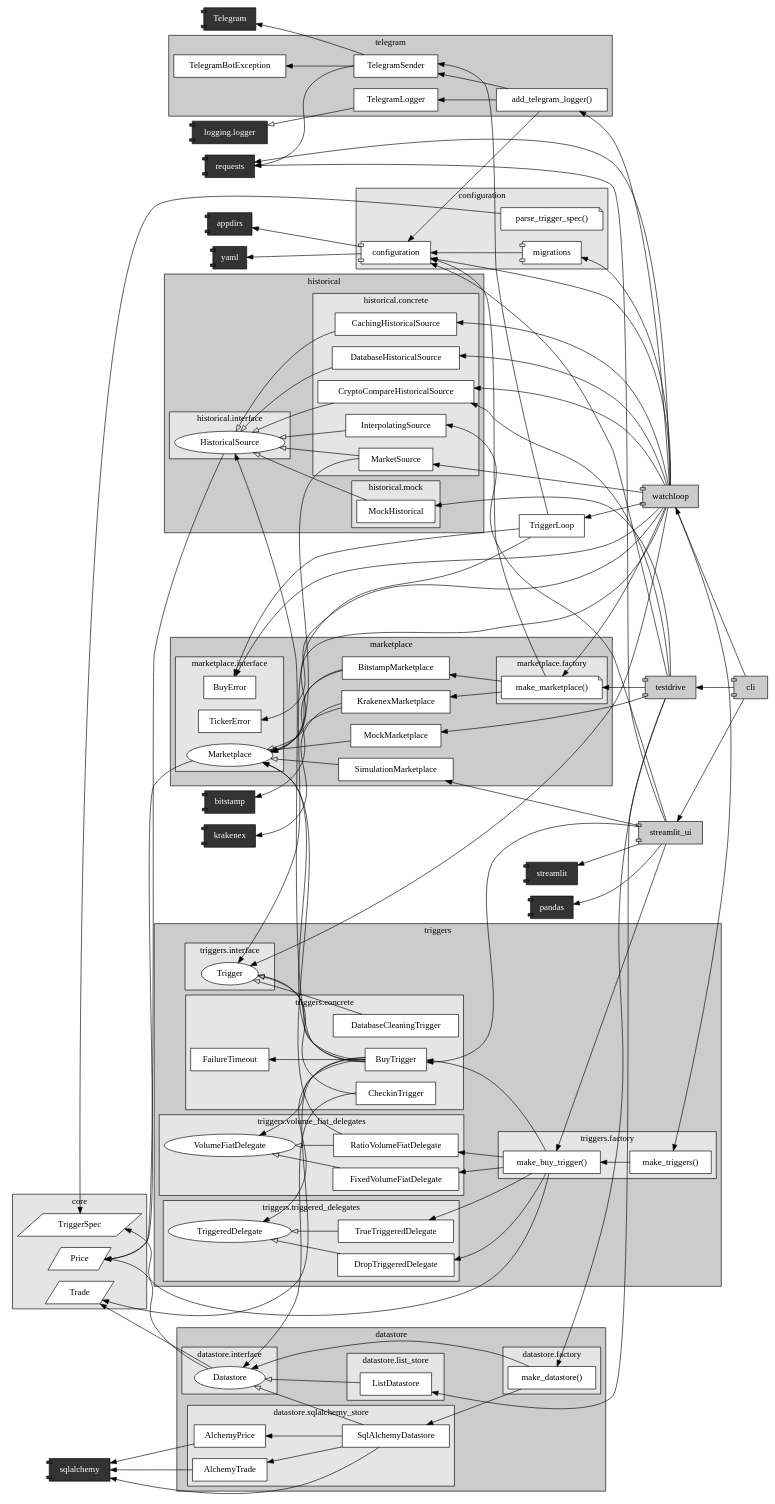
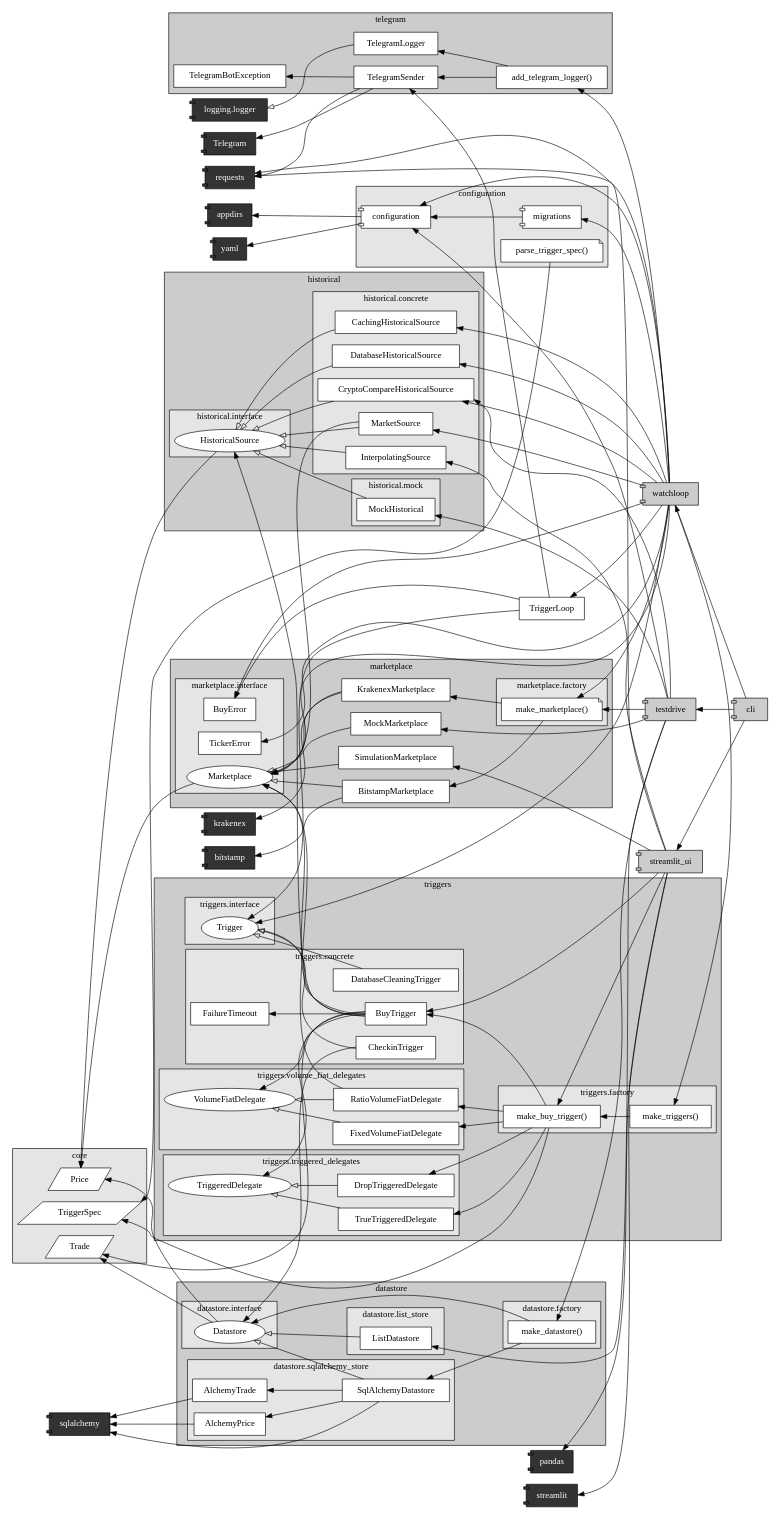
The diagram in docs/dev/graphs/architecture.dot (martin-ueding/vigilant-crypto-snatch), drawn with Graphviz before and after one commit. The commit also changed 2 other files, not shown here.

```diff
--- a/docs/dev/graphs/architecture.dot
+++ b/docs/dev/graphs/architecture.dot
@@ -256,7 +256,6 @@
 "make_buy_trigger()" -> "RatioVolumeFiatDelegate"
 "make_buy_trigger()" -> "TrueTriggeredDelegate"
 "make_marketplace()" -> "BitstampMarketplace"
-"make_marketplace()" -> "configuration"
 "make_marketplace()" -> "KrakenexMarketplace"
 "make_triggers()" -> "make_buy_trigger()"
 "Marketplace" -> "Price"
@@ -279,7 +278,6 @@
 "streamlit_ui" -> "requests"
 "streamlit_ui" -> "SimulationMarketplace"
 "streamlit_ui" -> "streamlit"
-"add_telegram_logger()" -> "configuration"
 "add_telegram_logger()" -> "TelegramLogger"
 "add_telegram_logger()" -> "TelegramSender"
 "TelegramLogger" -> "logging.logger" [arrowhead=onormal]
```
